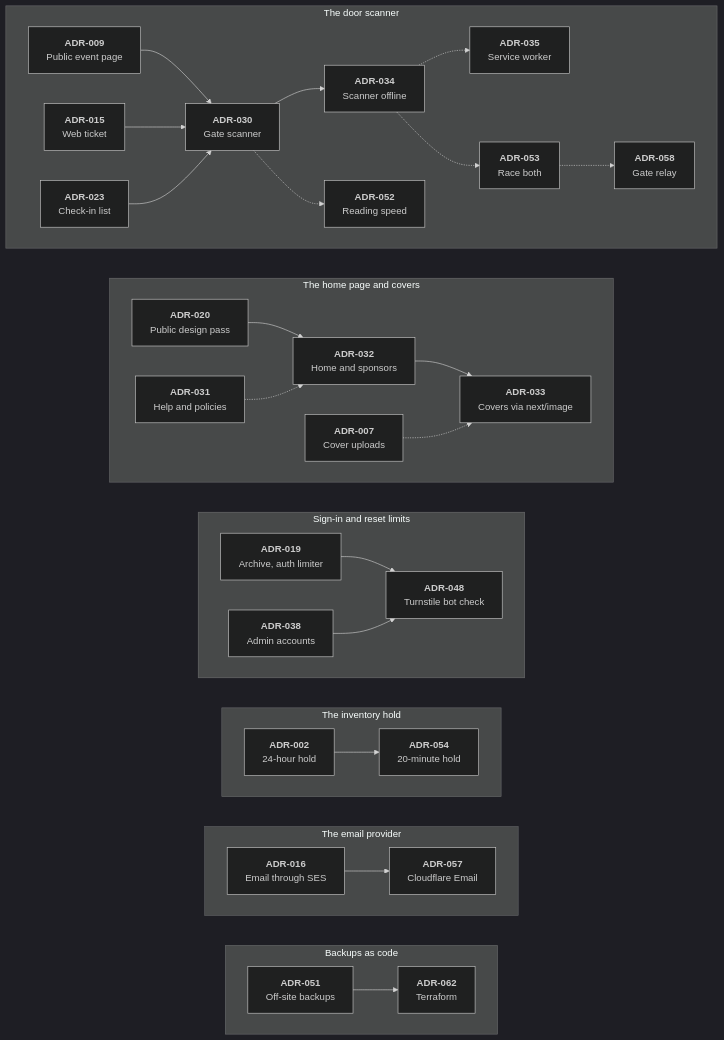
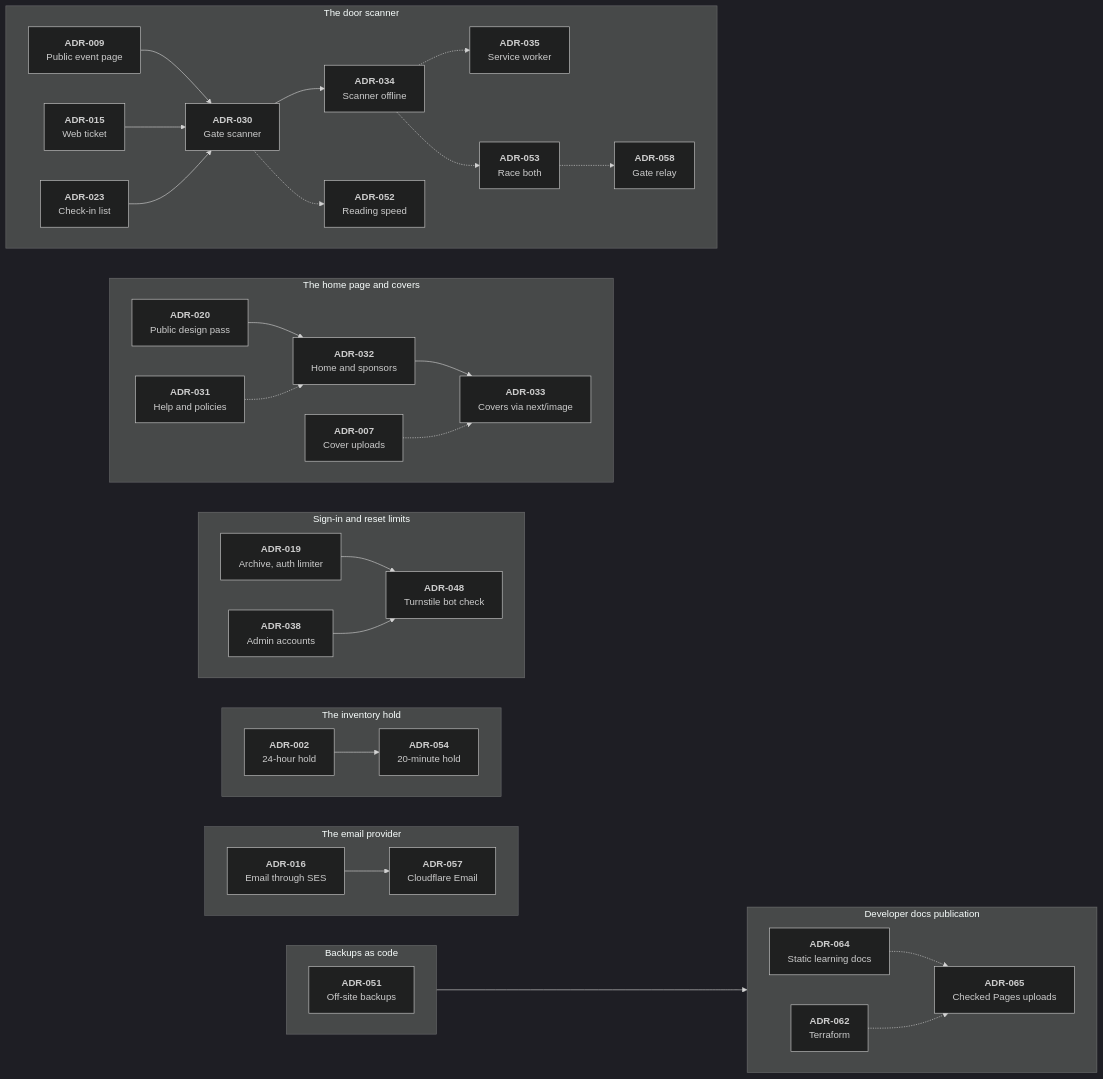
The diagram in docs/decisions/README.md (Ashfak-Hossain/EchoAndAura), drawn with Mermaid (dark theme) before and after one commit. The commit also changed other lines of this file and 24 other files, not shown here.

Commit message:
feat(docs): prepare guarded Pages publication

````diff
--- a/docs/decisions/README.md
+++ b/docs/decisions/README.md
@@ -54,6 +54,15 @@
 ```mermaid
 %%{init: {"flowchart": {"wrappingWidth": 260}}}%%
 flowchart LR
+    subgraph publication ["Developer docs publication"]
+        direction LR
+        a064["`**ADR-064**
+        Static learning docs`"]
+        a065["`**ADR-065**
+        Checked Pages uploads`"]
+        a064 -.-> a065
+        a062 -.-> a065
+    end
     %% Mermaid draws the last group on top, so the groups are declared bottom first.
     subgraph backups ["Backups as code"]
         direction LR
````
